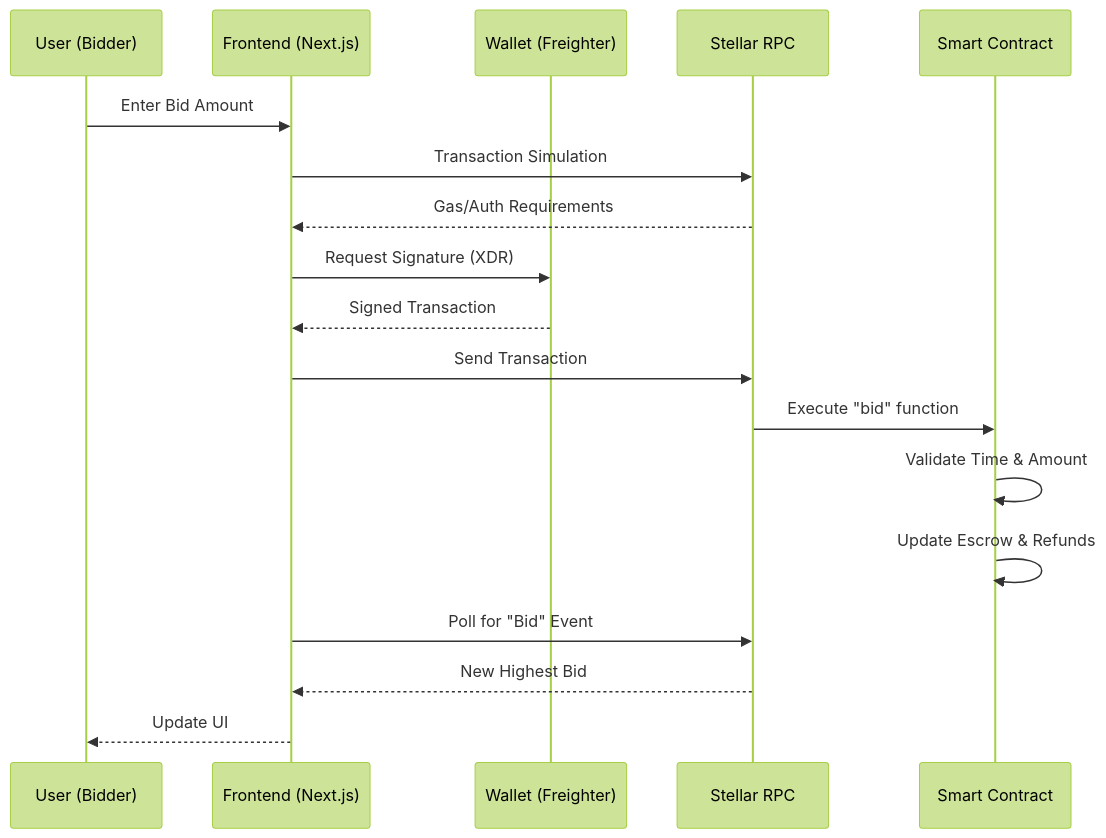
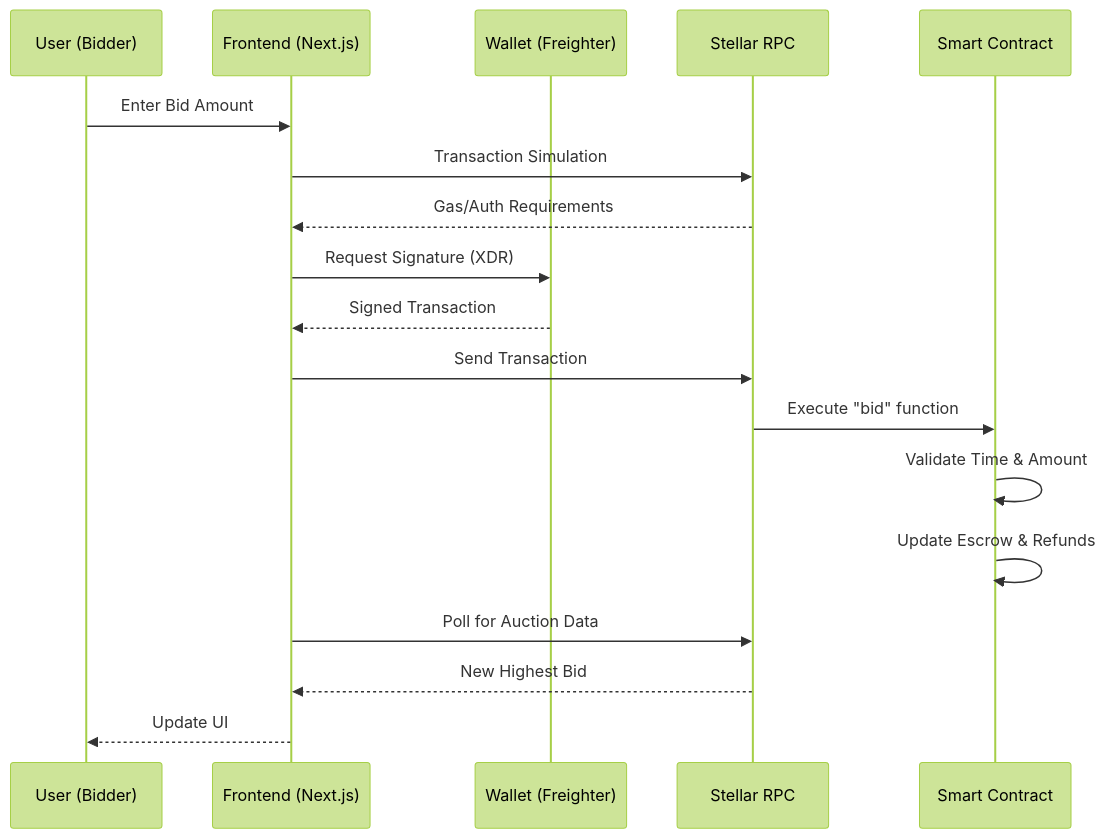
Before and after one commit to KB2410/BrewBid-Level5: the diagram in ARCHITECTURE.md, drawn with Mermaid (forest theme). The commit also changed other lines of this file, not shown here.

Commit message:
docs: Update architecture documentation with Level 5 iterations and improvements

````diff
--- a/ARCHITECTURE.md
+++ b/ARCHITECTURE.md
@@ -25,21 +33,21 @@
 ```mermaid
 sequenceDiagram
     participant U as User (Bidder)
     participant F as Frontend (Next.js)
     participant W as Wallet (Freighter)
     participant S as Stellar RPC
     participant C as Smart Contract
 
     U->>F: Enter Bid Amount
     F->>S: Transaction Simulation
     S-->>F: Gas/Auth Requirements
     F->>W: Request Signature (XDR)
     W-->>F: Signed Transaction
     F->>S: Send Transaction
     S->>C: Execute "bid" function
     C->>C: Validate Time & Amount
     C->>C: Update Escrow & Refunds
-    F->>S: Poll for "Bid" Event
+    F->>S: Poll for Auction Data
     S-->>F: New Highest Bid
     F-->>U: Update UI
 ```
````
